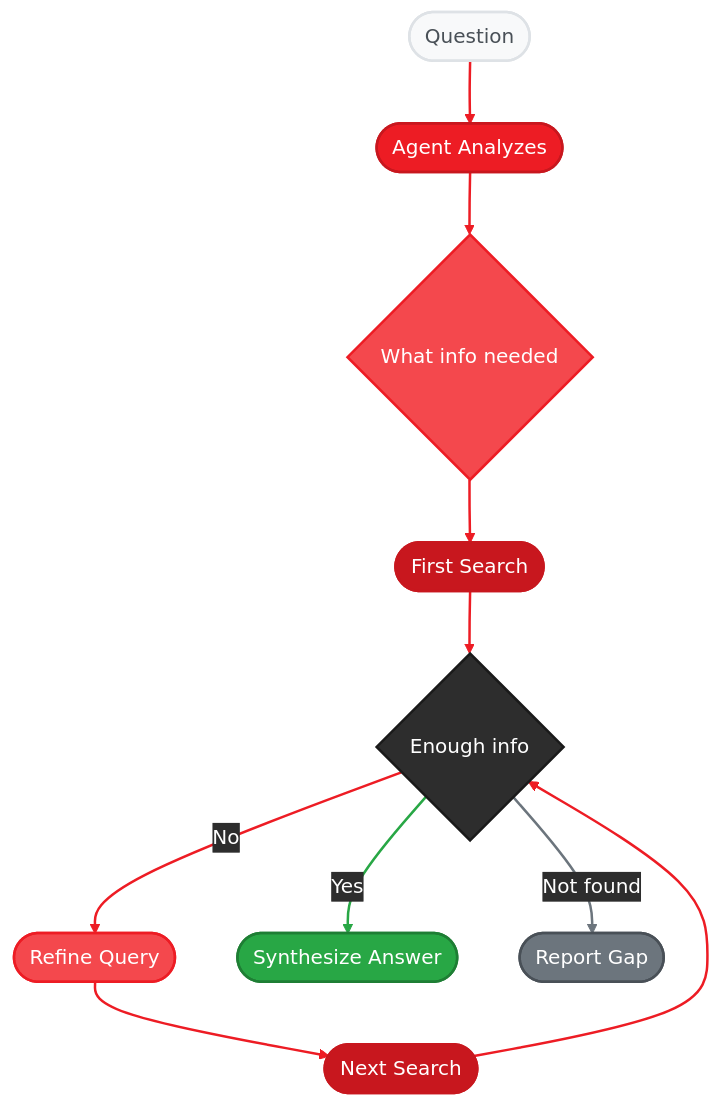
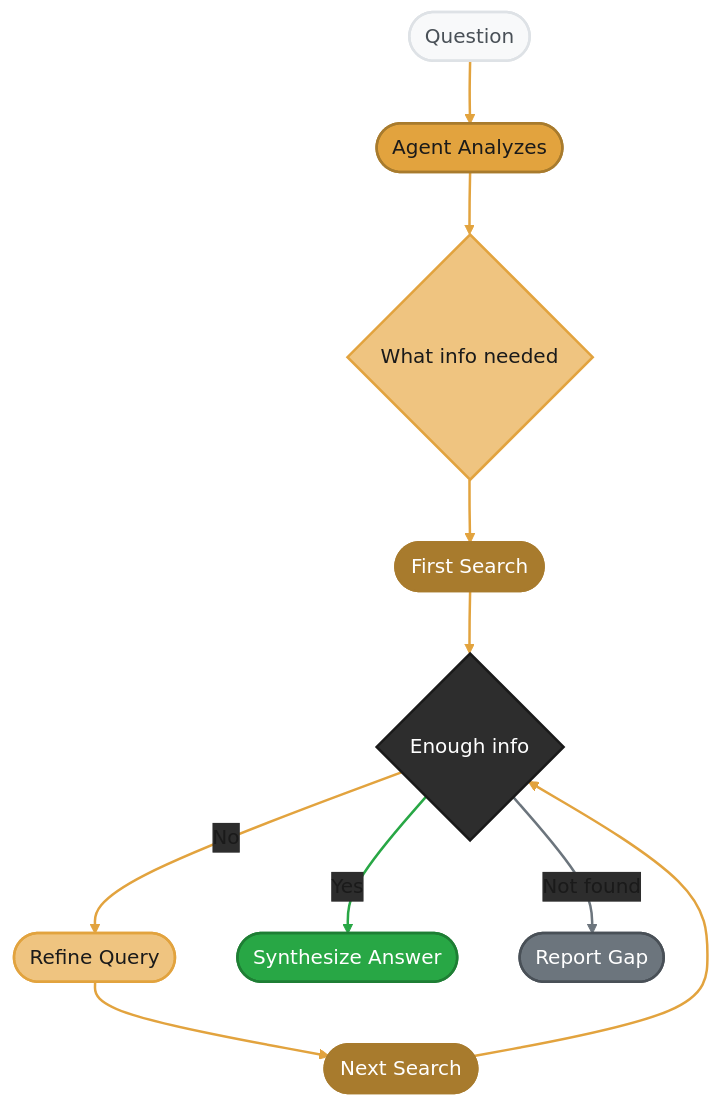
The fifth of 6 diagrams in docs/sdk/sdks/rag.mdx (amd/gaia), drawn with Mermaid before and after one commit. The commit also changed other lines of this file and 37 other files, not shown here.

````diff
--- a/docs/sdk/sdks/rag.mdx
+++ b/docs/sdk/sdks/rag.mdx
@@ -405,27 +405,27 @@
 ```mermaid
-%%{init: {'theme':'base', 'themeVariables': { 'primaryColor':'#ED1C24', 'primaryTextColor':'#fff', 'primaryBorderColor':'#C8171E', 'lineColor':'#F4484D', 'secondaryColor':'#2d2d2d', 'tertiaryColor':'#f5f5f5', 'fontFamily': 'system-ui, -apple-system, sans-serif'}}}%%
+%%{init: {'theme':'base', 'themeVariables': { 'primaryColor':'#E2A33E', 'primaryTextColor':'#1a1a1a', 'primaryBorderColor':'#A87B2D', 'lineColor':'#EFC480', 'secondaryColor':'#2d2d2d', 'tertiaryColor':'#f5f5f5', 'fontFamily': 'system-ui, -apple-system, sans-serif'}}}%%
 flowchart TD
     A(["Question"]) --> B(["Agent Analyzes"])
     B --> C{"What info needed"}
     C --> D(["First Search"])
     D --> E{"Enough info"}
     E -->|"No"| F(["Refine Query"])
     F --> G(["Next Search"])
     G --> E
     E -->|"Yes"| H(["Synthesize Answer"])
     E -->|"Not found"| I(["Report Gap"])
 
     style A fill:#f8f9fa,stroke:#dee2e6,stroke-width:2px,color:#495057
-    style B fill:#ED1C24,stroke:#C8171E,stroke-width:2px,color:#fff
-    style C fill:#F4484D,stroke:#ED1C24,stroke-width:2px,color:#fff
-    style D fill:#C8171E,stroke:#C8171E,stroke-width:2px,color:#fff
+    style B fill:#E2A33E,stroke:#A87B2D,stroke-width:2px,color:#1a1a1a
+    style C fill:#EFC480,stroke:#E2A33E,stroke-width:2px,color:#1a1a1a
+    style D fill:#A87B2D,stroke:#A87B2D,stroke-width:2px,color:#fff
     style E fill:#2d2d2d,stroke:#1a1a1a,stroke-width:2px,color:#fff
-    style F fill:#F4484D,stroke:#ED1C24,stroke-width:2px,color:#fff
-    style G fill:#C8171E,stroke:#C8171E,stroke-width:2px,color:#fff
+    style F fill:#EFC480,stroke:#E2A33E,stroke-width:2px,color:#1a1a1a
+    style G fill:#A87B2D,stroke:#A87B2D,stroke-width:2px,color:#fff
     style H fill:#28a745,stroke:#1e7e34,stroke-width:2px,color:#fff
     style I fill:#6c757d,stroke:#495057,stroke-width:2px,color:#fff
 
-    linkStyle 0,1,2,3,4,5,6 stroke:#ED1C24,stroke-width:2px
+    linkStyle 0,1,2,3,4,5,6 stroke:#E2A33E,stroke-width:2px
     linkStyle 7 stroke:#28a745,stroke-width:2px
     linkStyle 8 stroke:#6c757d,stroke-width:2px
 ```
````
